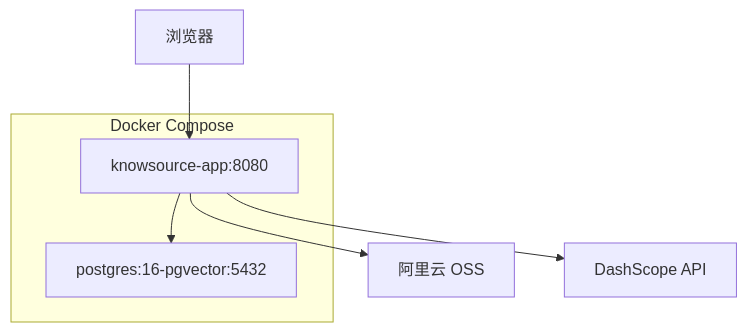
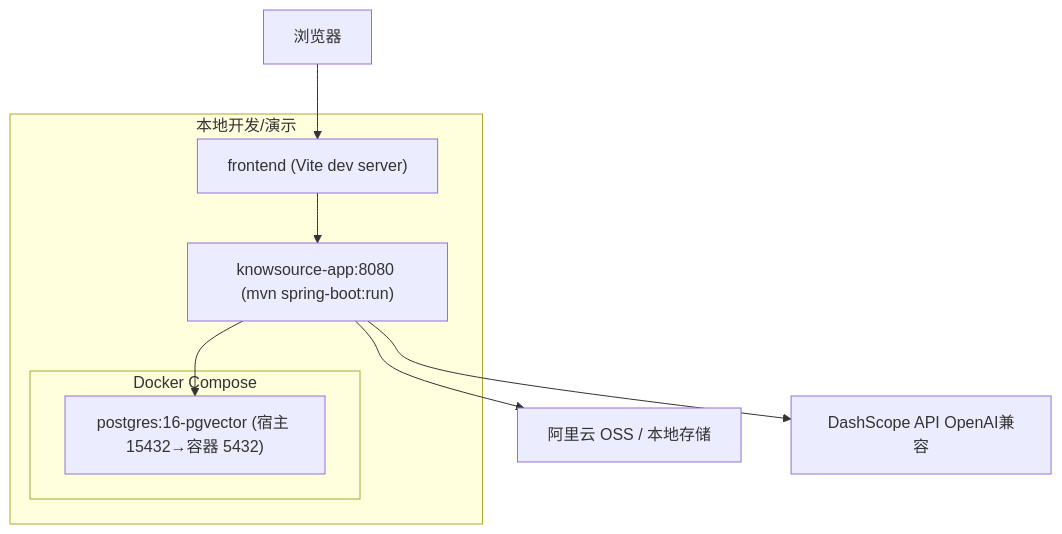
Before and after one commit to codeson-1/KnowSource: the sixth of 11 diagrams in docs/architecture/KnowSource-RAG-架构设计文档.md, drawn with Mermaid. The commit also changed other lines of this file and 9 other files, not shown here.

First line of the commit message:
docs: update architecture and spike documentation

````diff
--- a/docs/architecture/KnowSource-RAG-架构设计文档.md
+++ b/docs/architecture/KnowSource-RAG-架构设计文档.md
@@ -438,11 +457,15 @@
 ```mermaid
 flowchart TB
-    subgraph compose [Docker Compose]
-        App[knowsource-app:8080]
-        PG[postgres:16-pgvector:5432]
+    subgraph local [本地开发/演示]
+        App["knowsource-app:8080 (mvn spring-boot:run)"]
+        FE["frontend (Vite dev server)"]
+        subgraph compose [Docker Compose]
+            PG["postgres:16-pgvector (宿主 15432→容器 5432)"]
+        end
     end
+    FE --> App
     App --> PG
-    App --> OSS_EXT[阿里云 OSS]
-    App --> DS_EXT[DashScope API]
-    Browser[浏览器] --> App
+    App --> OSS_EXT[阿里云 OSS / 本地存储]
+    App --> DS_EXT[DashScope API OpenAI兼容]
+    Browser[浏览器] --> FE
 ```
````
